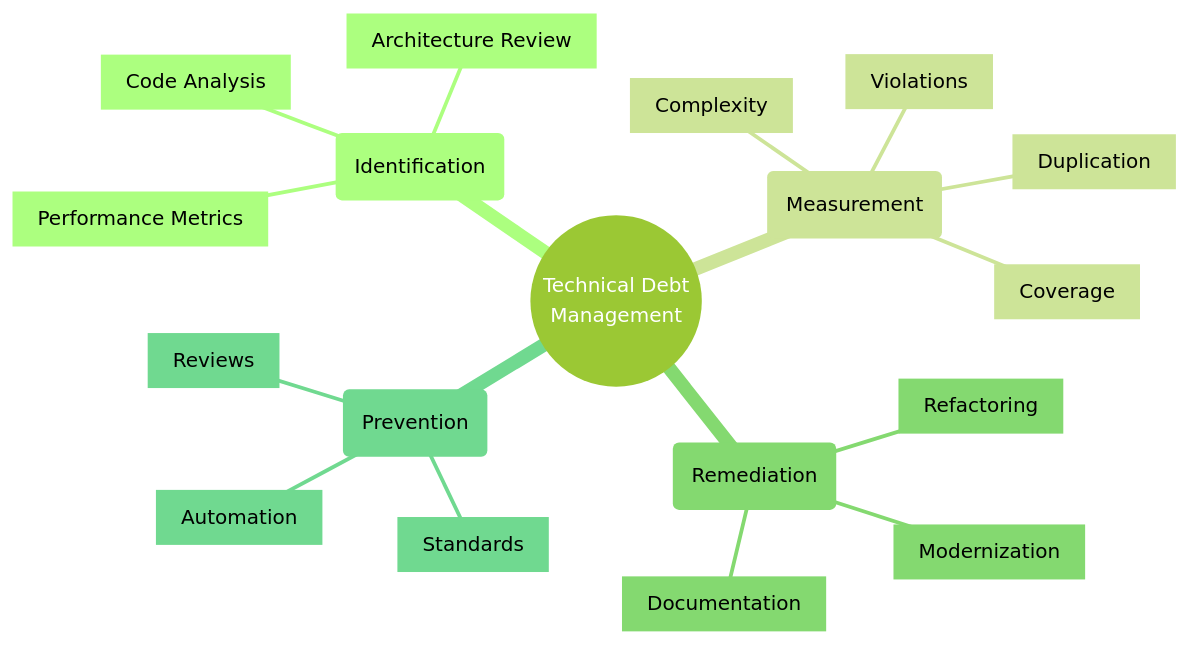
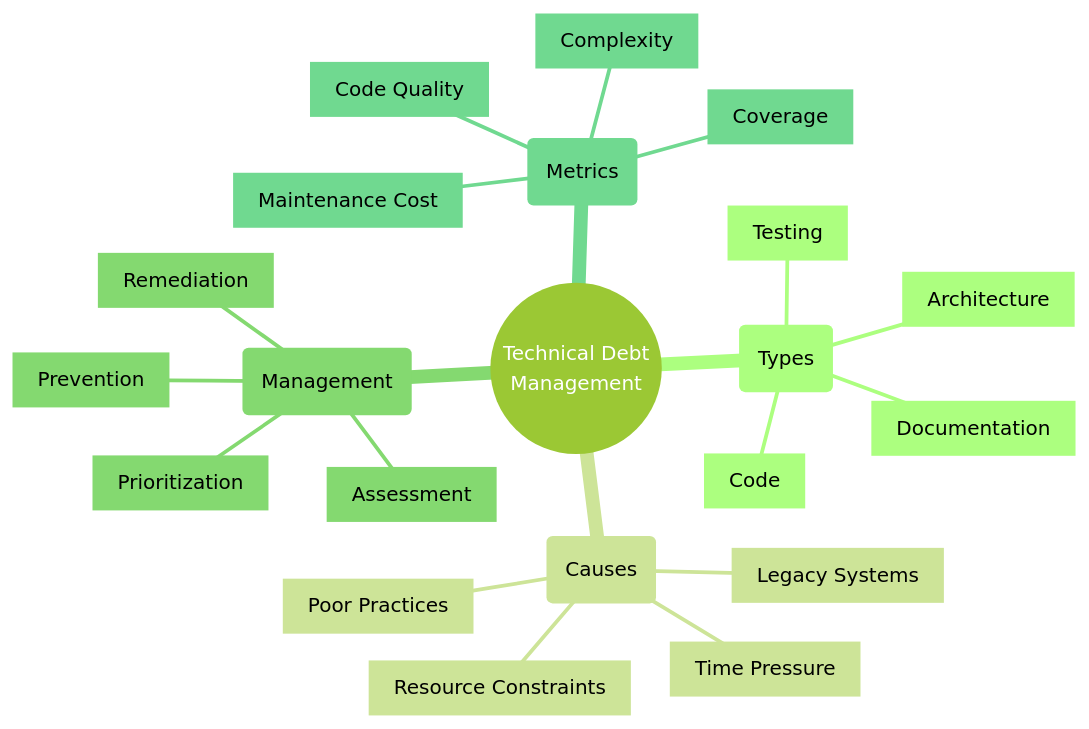
Before and after one commit to saravanakumarrc/Architecture_Journey: the first of 3 diagrams in src/Technical_Debt_Management.md, drawn with Mermaid (forest theme). The commit also changed other lines of this file and 6 other files, not shown here.

First line of the commit message:
Refactor observability documentation: streamline sections, enhance clarity, and update diagrams for better understanding of monitoring components and patterns.

````diff
--- a/src/Technical_Debt_Management.md
+++ b/src/Technical_Debt_Management.md
@@ -5,22 +3,25 @@
 ```mermaid
 mindmap
     root((Technical Debt
         Management))
-        (Identification)
-            [Code Analysis]
-            [Architecture Review]
-            [Performance Metrics]
-        (Measurement)
+        (Types)
+            [Code]
+            [Architecture]
+            [Testing]
+            [Documentation]
+        (Causes)
+            [Time Pressure]
+            [Resource Constraints]
+            [Poor Practices]
+            [Legacy Systems]
+        (Management)
+            [Assessment]
+            [Prioritization]
+            [Remediation]
+            [Prevention]
+        (Metrics)
+            [Code Quality]
             [Complexity]
             [Coverage]
-            [Duplication]
-            [Violations]
-        (Remediation)
-            [Refactoring]
-            [Modernization]
-            [Documentation]
-        (Prevention)
-            [Standards]
-            [Reviews]
-            [Automation]
+            [Maintenance Cost]
 ```
````
